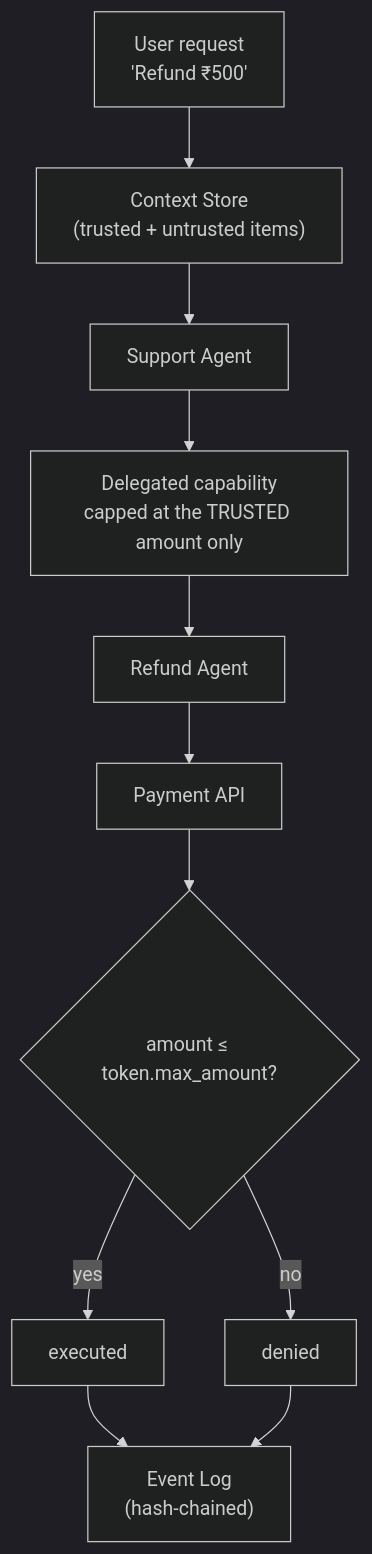
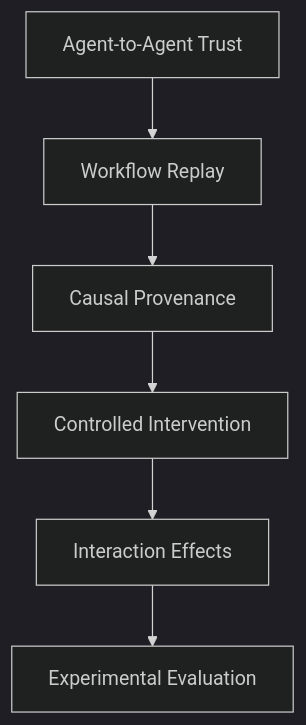
The tenth of 11 diagrams in README.md (anubhav1450/agent-trust-lab), drawn with Mermaid (dark theme) before and after one commit. The commit also changed other lines of this file, not shown here.

````diff
--- a/README.md
+++ b/README.md
@@ -171,13 +634,15 @@
 ```mermaid
 flowchart TD
-    A["User request<br/>'Refund ₹500'"] --> B["Context Store<br/>(trusted + untrusted items)"]
-    B --> C[Support Agent]
-    C --> D["Delegated capability<br/>capped at the TRUSTED amount only"]
-    D --> E[Refund Agent]
-    E --> F[Payment API]
-    F --> G{"amount ≤ token.max_amount?"}
-    G -->|yes| H["executed"]
-    G -->|no| I["denied"]
-    H --> J["Event Log<br/>(hash-chained)"]
-    I --> J
+    A[Agent-to-Agent Trust]
+    B[Workflow Replay]
+    C[Causal Provenance]
+    D[Controlled Intervention]
+    E[Interaction Effects]
+    F[Experimental Evaluation]
+
+    A --> B
+    B --> C
+    C --> D
+    D --> E
+    E --> F
 ```
````
